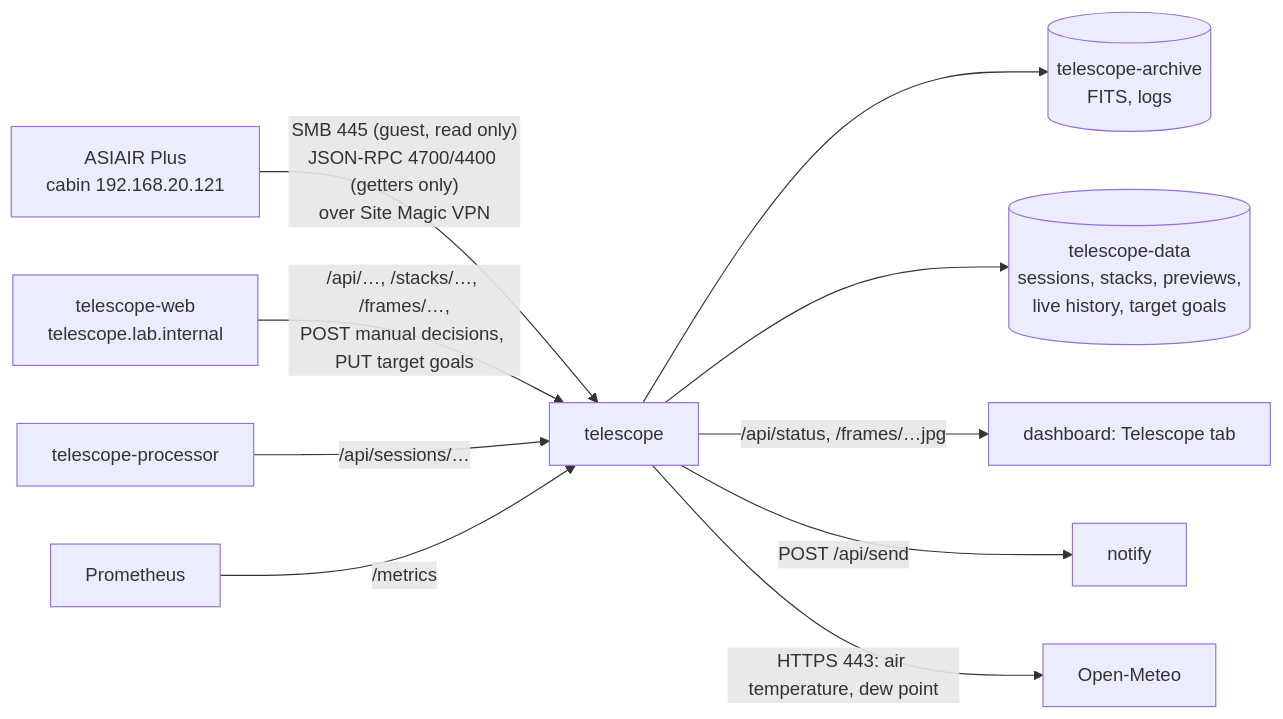
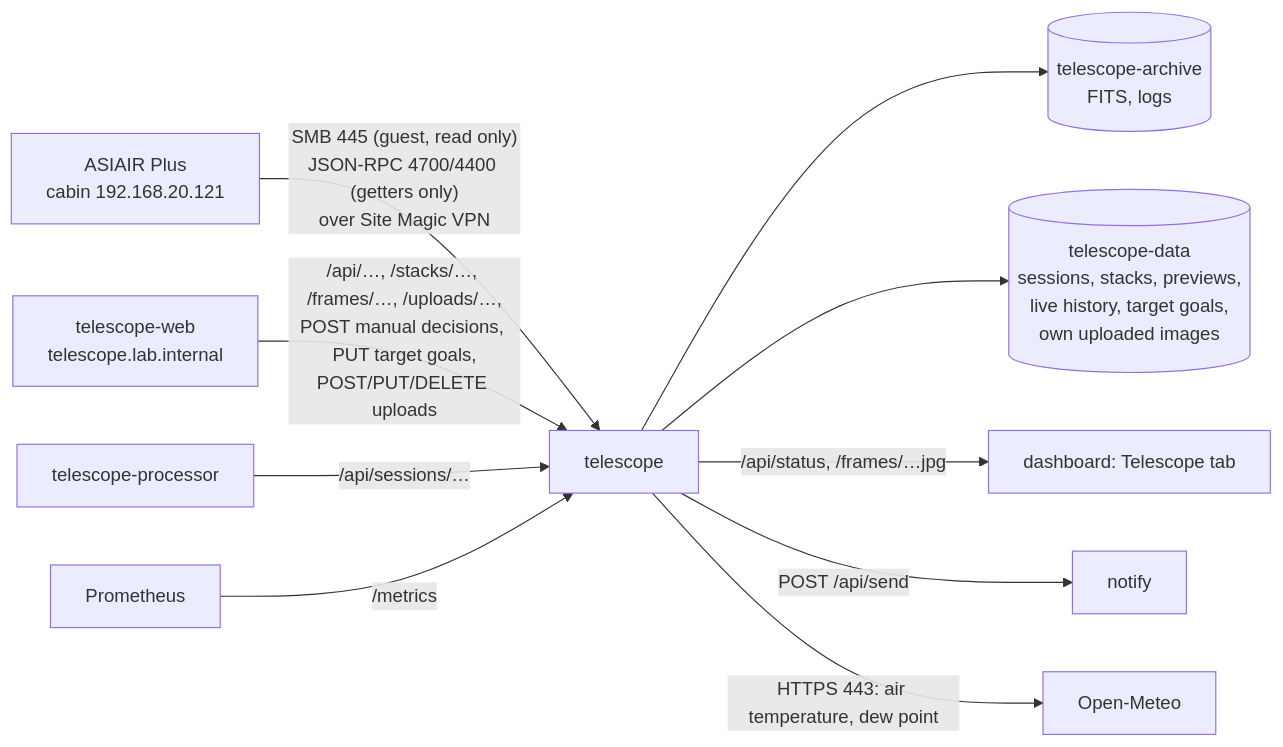
The diagram in apps/telescope/README.md (legendary-jarppi/homelab), drawn with Mermaid before and after one commit. The commit also changed other lines of this file and 92 other files, not shown here.

Commit message:
Telescope R4: full-resolution viewer, annotation, gallery with own uploads; public gallery at telescope.shillyshally.org (tunnel route, Access app, DNS); float16 cache overflow fix

````diff
--- a/apps/telescope/README.md
+++ b/apps/telescope/README.md
@@ -5,12 +5,12 @@
 ```mermaid
 flowchart LR
   air[ASIAIR Plus<br/>cabin 192.168.20.121] -- "SMB 445 (guest, read only)<br/>JSON-RPC 4700/4400 (getters only)<br/>over Site Magic VPN" --> t[telescope]
   t --> a[(telescope-archive<br/>FITS, logs)]
-  t --> s[(telescope-data<br/>sessions, stacks, previews,<br/>live history, target goals)]
+  t --> s[(telescope-data<br/>sessions, stacks, previews,<br/>live history, target goals,<br/>own uploaded images)]
   t -- "/api/status, /frames/…jpg" --> d[dashboard: Telescope tab]
-  w[telescope-web<br/>telescope.lab.internal] -- "/api/…, /stacks/…, /frames/…,<br/>POST manual decisions, PUT target goals" --> t
+  w[telescope-web<br/>telescope.lab.internal] -- "/api/…, /stacks/…, /frames/…, /uploads/…,<br/>POST manual decisions, PUT target goals,<br/>POST/PUT/DELETE uploads" --> t
   pr[telescope-processor] -- "/api/sessions/…" --> t
   t -- "POST /api/send" --> n[notify]
   t -- "HTTPS 443: air temperature, dew point" --> om[Open-Meteo]
   p[Prometheus] -- /metrics --> t
 ```
````
